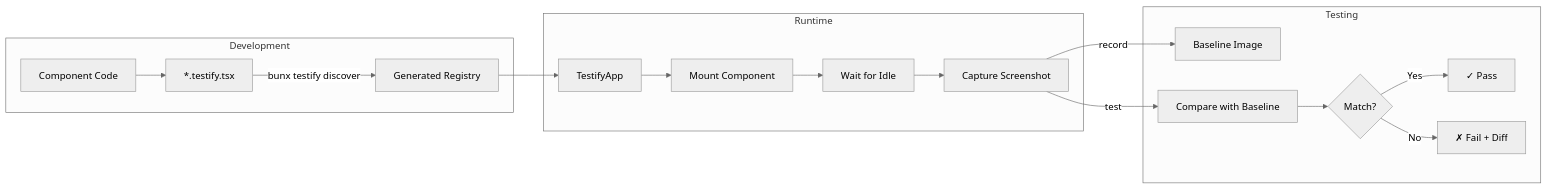
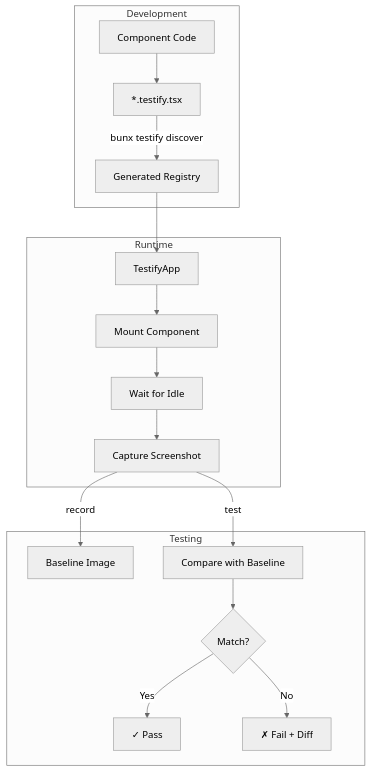
Before and after one commit to bheemreddy-samsara/react-native-testify: the diagram in README.md, drawn with Mermaid (neutral theme). The commit also changed other lines of this file and 2 other files, not shown here.

First line of the commit message:
docs: Remove workflow frames section and make diagram vertical

````diff
--- a/README.md
+++ b/README.md
@@ -20,22 +20,22 @@
 ```mermaid
-flowchart LR
+flowchart TB
     subgraph Development
         A[Component Code] --> B[*.testify.tsx]
         B --> |bunx testify discover| C[Generated Registry]
     end
     
     subgraph Runtime
         C --> D[TestifyApp]
         D --> E[Mount Component]
         E --> F[Wait for Idle]
         F --> G[Capture Screenshot]
     end
     
     subgraph Testing
         G --> |record| H[Baseline Image]
         G --> |test| I[Compare with Baseline]
         I --> J{Match?}
         J --> |Yes| K[✓ Pass]
         J --> |No| L[✗ Fail + Diff]
     end
 ```
````
